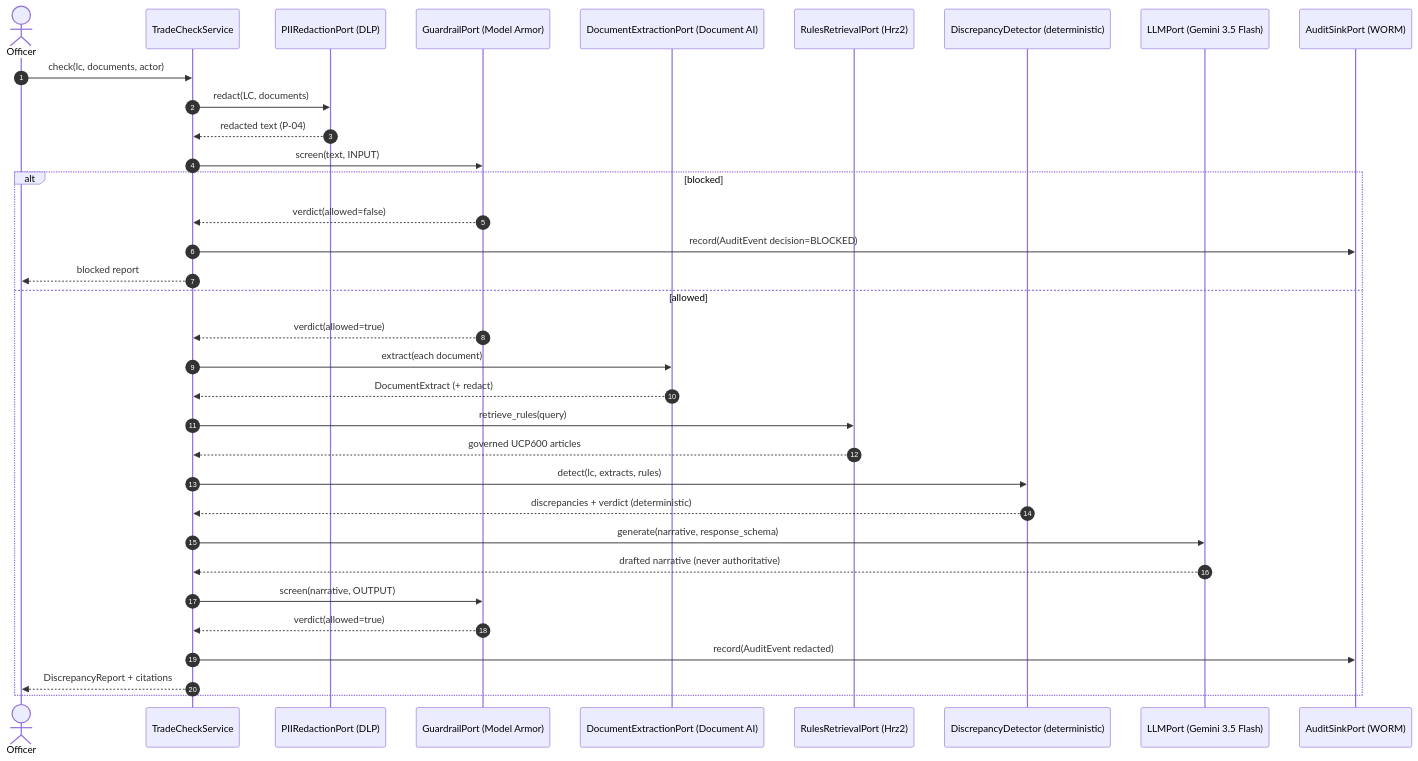
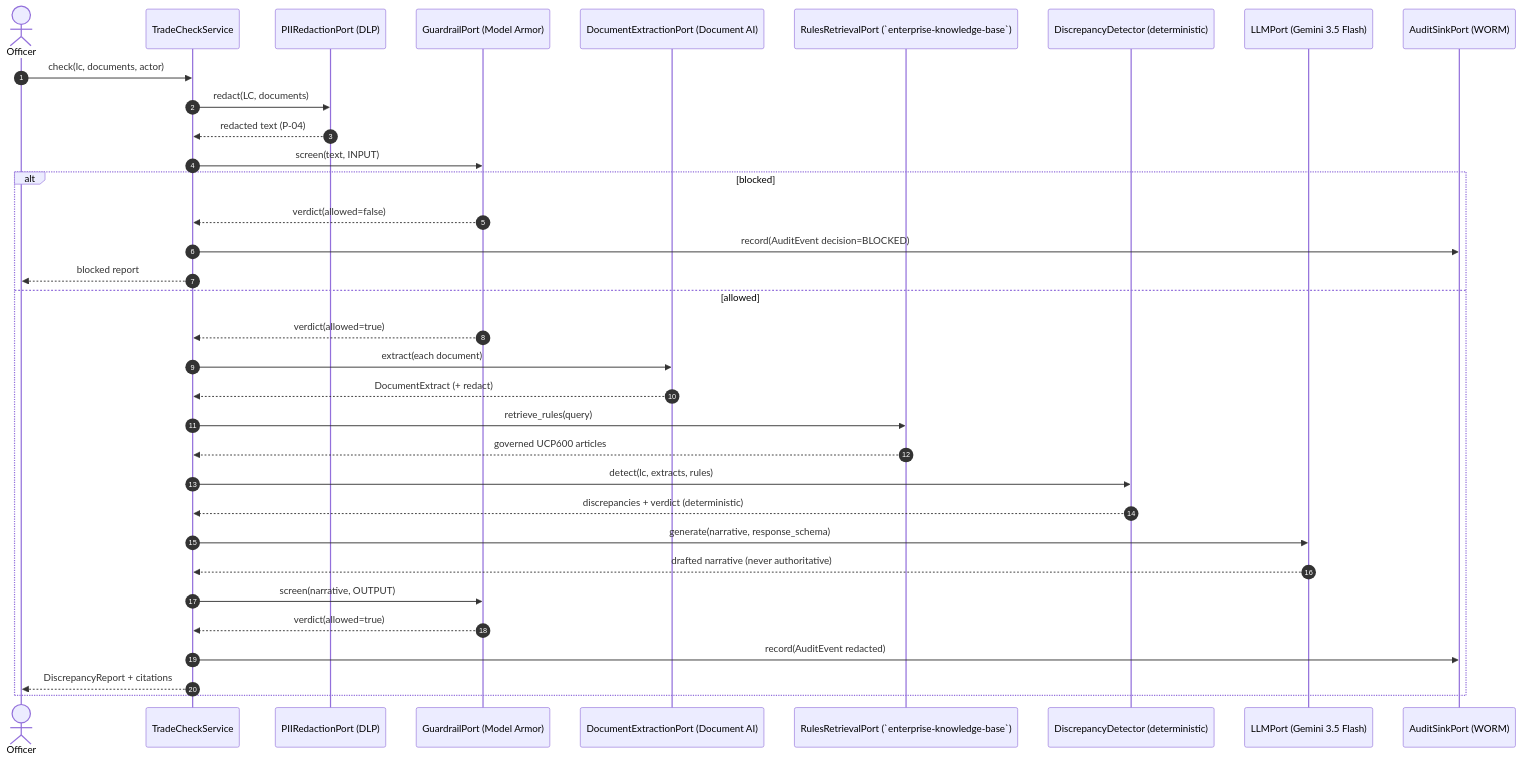
The second of 3 diagrams in README.md (portable-genai/trade-finance-checker), drawn with Mermaid before and after one commit. The commit also changed other lines of this file and 34 other files, not shown here.

````diff
--- a/README.md
+++ b/README.md
@@ -258,37 +257,37 @@
 ```mermaid
 sequenceDiagram
     autonumber
     actor Officer
     participant Svc as TradeCheckService
     participant Red as PIIRedactionPort (DLP)
     participant Grd as GuardrailPort (Model Armor)
     participant Ext as DocumentExtractionPort (Document AI)
-    participant Rul as RulesRetrievalPort (Hrz2)
+    participant Rul as RulesRetrievalPort (`enterprise-knowledge-base`)
     participant Det as DiscrepancyDetector (deterministic)
     participant LLM as LLMPort (Gemini 3.5 Flash)
     participant Aud as AuditSinkPort (WORM)
 
     Officer->>Svc: check(lc, documents, actor)
     Svc->>Red: redact(LC, documents)
     Red-->>Svc: redacted text (P-04)
     Svc->>Grd: screen(text, INPUT)
     alt blocked
         Grd-->>Svc: verdict(allowed=false)
         Svc->>Aud: record(AuditEvent decision=BLOCKED)
         Svc-->>Officer: blocked report
     else allowed
         Grd-->>Svc: verdict(allowed=true)
         Svc->>Ext: extract(each document)
         Ext-->>Svc: DocumentExtract (+ redact)
         Svc->>Rul: retrieve_rules(query)
         Rul-->>Svc: governed UCP600 articles
         Svc->>Det: detect(lc, extracts, rules)
         Det-->>Svc: discrepancies + verdict (deterministic)
         Svc->>LLM: generate(narrative, response_schema)
         LLM-->>Svc: drafted narrative (never authoritative)
         Svc->>Grd: screen(narrative, OUTPUT)
         Grd-->>Svc: verdict(allowed=true)
         Svc->>Aud: record(AuditEvent redacted)
         Svc-->>Officer: DiscrepancyReport + citations
     end
 ```
````
